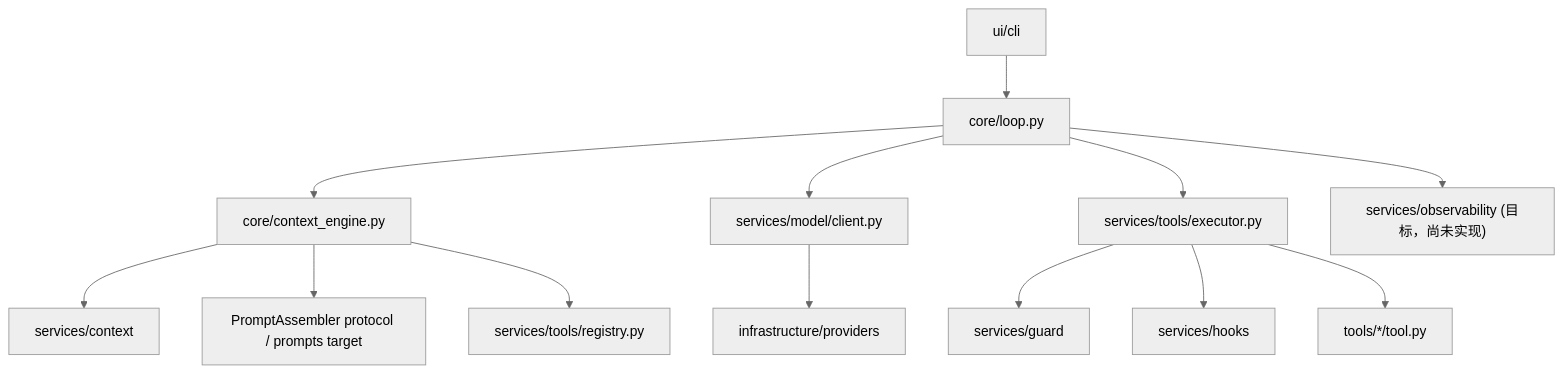
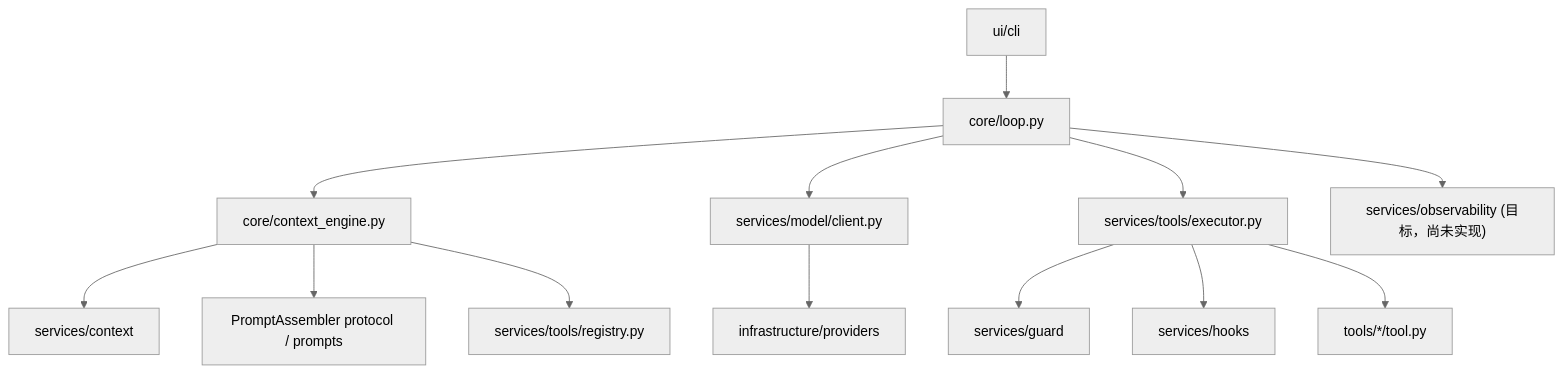
The diagram in architecture.md (EtherealStar/OneCode), drawn with Mermaid (neutral theme) before and after one commit. The commit also changed other lines of this file and 25 other files, not shown here.

````diff
--- a/architecture.md
+++ b/architecture.md
@@ -293,15 +301,15 @@
 ```mermaid
 flowchart TD
   UI["ui/cli"] --> Loop["core/loop.py"]
   Loop --> Engine["core/context_engine.py"]
   Engine --> Context["services/context"]
-  Engine --> Prompts["PromptAssembler protocol / prompts target"]
+  Engine --> Prompts["PromptAssembler protocol / prompts"]
   Engine --> ToolRegistry["services/tools/registry.py"]
   Loop --> ModelClient["services/model/client.py"]
   ModelClient --> Provider["infrastructure/providers"]
   Loop --> ToolExecutor["services/tools/executor.py"]
   ToolExecutor --> Guard["services/guard"]
   ToolExecutor --> Hooks["services/hooks"]
   ToolExecutor --> Tools["tools/*/tool.py"]
   Loop --> Trace["services/observability (目标，尚未实现)"]
 ```
````
